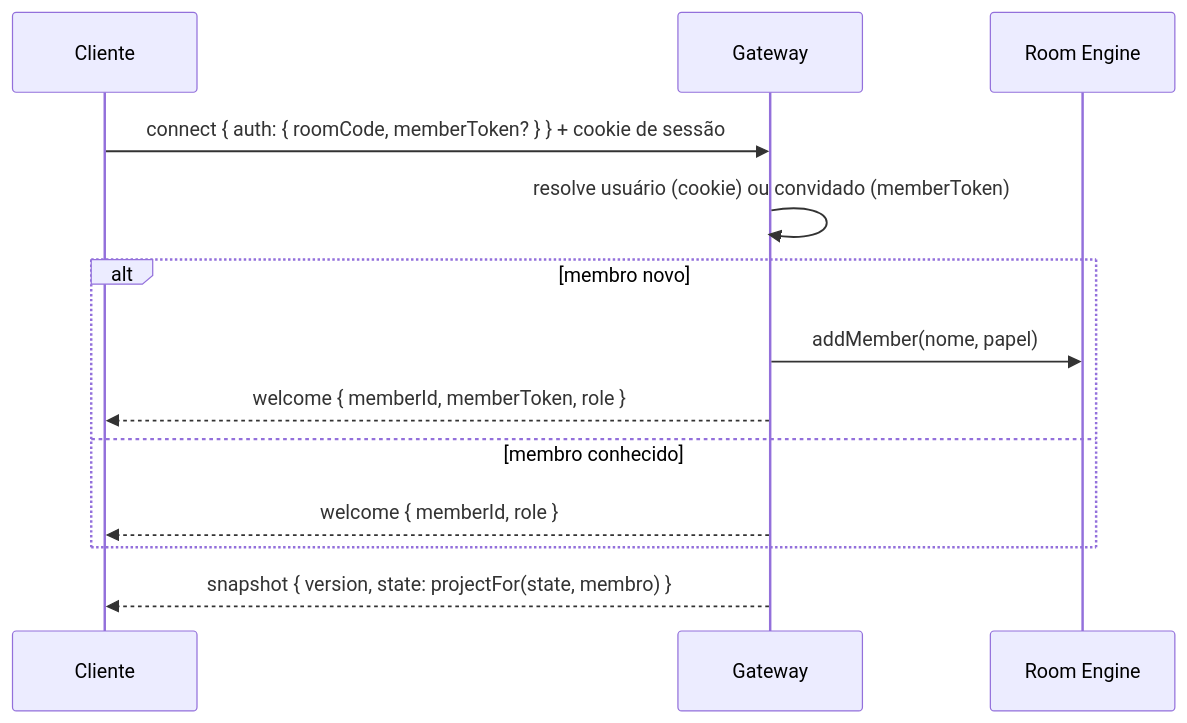
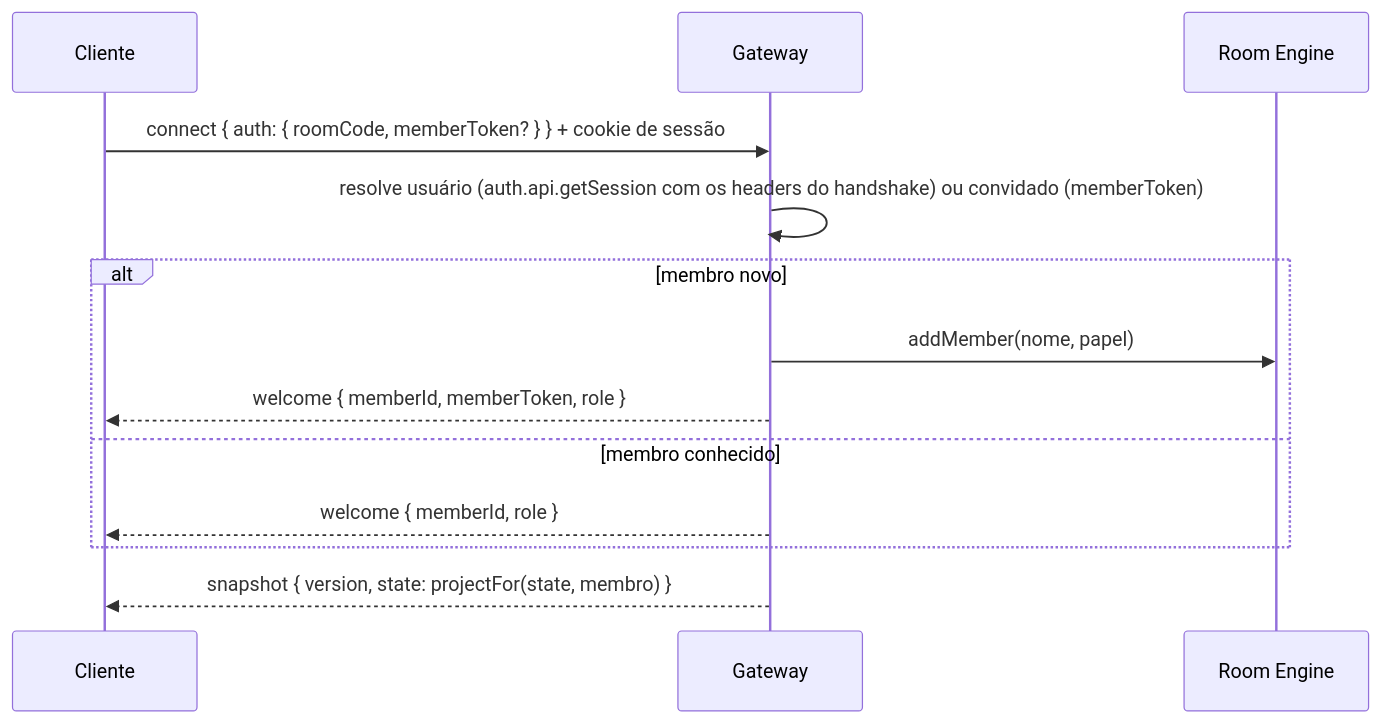
Before and after one commit to Prd225/Sistema-Gerenciador-de-Mesas--SGM-: the second of 3 diagrams in docs/specs/system-design.md, drawn with Mermaid. The commit also changed other lines of this file and 11 other files, not shown here.

````diff
--- a/docs/specs/system-design.md
+++ b/docs/specs/system-design.md
@@ -120,15 +124,15 @@
 ```mermaid
 sequenceDiagram
     participant C as Cliente
     participant G as Gateway
     participant E as Room Engine
     C->>G: connect { auth: { roomCode, memberToken? } } + cookie de sessão
-    G->>G: resolve usuário (cookie) ou convidado (memberToken)
+    G->>G: resolve usuário (auth.api.getSession com os headers do handshake) ou convidado (memberToken)
     alt membro novo
         G->>E: addMember(nome, papel)
         G-->>C: welcome { memberId, memberToken, role }
     else membro conhecido
         G-->>C: welcome { memberId, role }
     end
     G-->>C: snapshot { version, state: projectFor(state, membro) }
 ```
````
